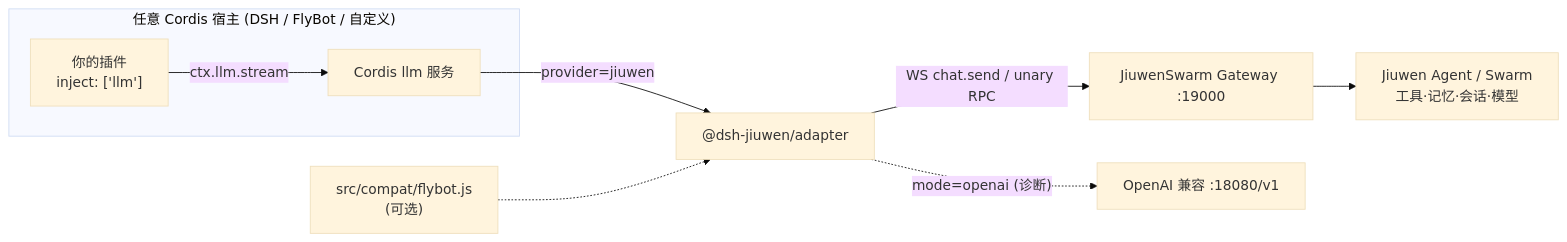
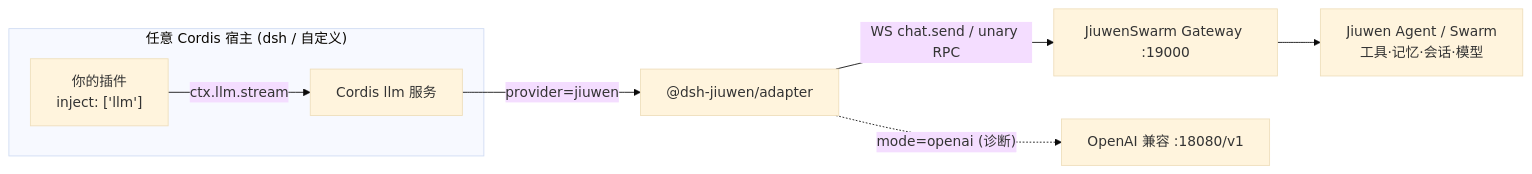
Before and after one commit to Birfy/dsh-jiuwen-adapter: the diagram in README.zh.md, drawn with Mermaid (base theme). The commit also changed other lines of this file and 10 other files, not shown here.

Commit message:
docs: add Quickstart (zh/en + docs/quickstart.md, verified fresh); remove all FlyBot mentions

````diff
--- a/README.zh.md
+++ b/README.zh.md
@@ -16,11 +41,10 @@
 ```mermaid
 flowchart LR
-  subgraph Host["任意 Cordis 宿主 (DSH / FlyBot / 自定义)"]
+  subgraph Host["任意 Cordis 宿主 (dsh / 自定义)"]
     P["你的插件<br/>inject: ['llm']"] -->|ctx.llm.stream| L["Cordis llm 服务"]
   end
   L -->|provider=jiuwen| A["@dsh-jiuwen/adapter"]
   A -->|"WS chat.send / unary RPC"| G["JiuwenSwarm Gateway :19000"]
   A -.->|"mode=openai (诊断)"| O["OpenAI 兼容 :18080/v1"]
   G --> B["Jiuwen Agent / Swarm<br/>工具·记忆·会话·模型"]
-  C["src/compat/flybot.js<br/>(可选)"] -.-> A
 ```
````
